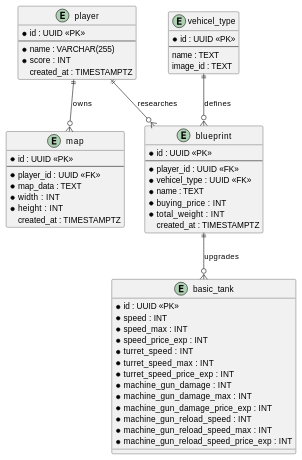
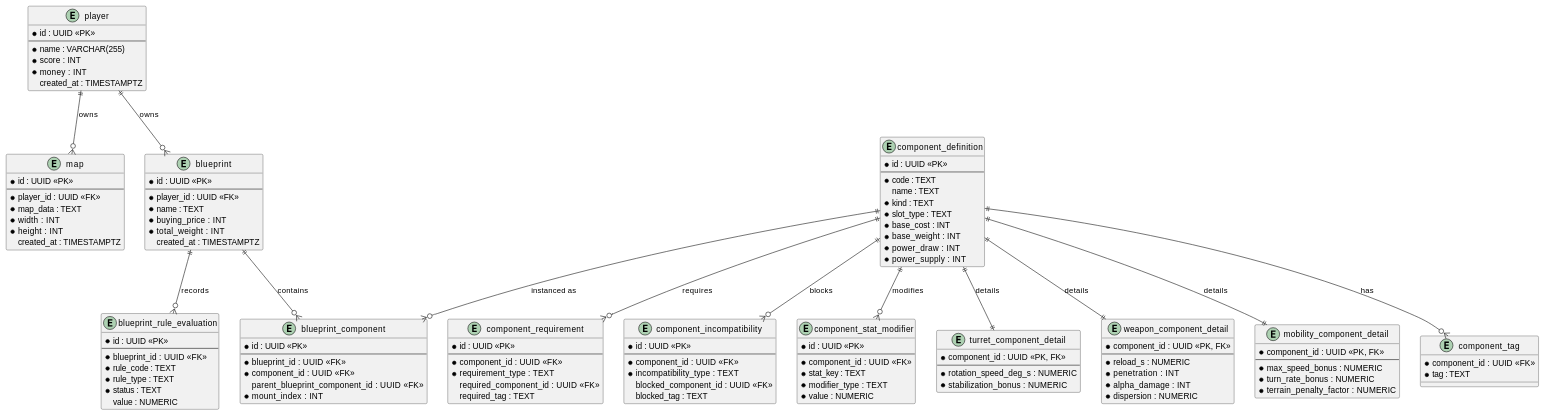
One commit to anhoppe/tank-wars changed the diagram in doc/arc42/08_crosscutting_concepts/08_01_database_layout.md. Above: the diagram before and after it, drawn with PlantUML. The commit also changed other lines of this file and 20 other files, not shown here.

````diff
--- a/doc/arc42/08_crosscutting_concepts/08_01_database_layout.md
+++ b/doc/arc42/08_crosscutting_concepts/08_01_database_layout.md
@@ -18,6 +24,7 @@
   --
   * name : VARCHAR(255)
   * score : INT
+  * money : INT
   created_at : TIMESTAMPTZ
 }
 
@@ -35,40 +42,112 @@
   * id : UUID <<PK>>
   --
   * player_id : UUID <<FK>>
-  * vehicel_type : UUID <<FK>>
   * name : TEXT
   * buying_price : INT
   * total_weight : INT
   created_at : TIMESTAMPTZ
 }
 
-entity vehicel_type {
+entity component_definition {
   * id : UUID <<PK>>
   --
+  * code : TEXT
   name : TEXT
-  image_id : TEXT
+  * kind : TEXT
+  * slot_type : TEXT
+  * base_cost : INT
+  * base_weight : INT
+  * power_draw : INT
+  * power_supply : INT
 }
 
-entity basic_tank {
+entity component_tag {
+  * component_id : UUID <<FK>>
+  * tag : TEXT
+}
+
+entity component_requirement {
   * id : UUID <<PK>>
-  * speed : INT
-  * speed_max : INT
-  * speed_price_exp : INT
-  * turret_speed : INT
-  * turret_speed_max : INT
-  * turret_speed_price_exp : INT
-  * machine_gun_damage : INT
-  * machine_gun_damage_max : INT
-  * machine_gun_damage_price_exp : INT
-  * machine_gun_reload_speed : INT
-  * machine_gun_reload_speed_max : INT
-  * machine_gun_reload_speed_price_exp : INT
+  --
+  * component_id : UUID <<FK>>
+  * requirement_type : TEXT
+  required_component_id : UUID <<FK>>
+  required_tag : TEXT
+}
+
+entity component_incompatibility {
+  * id : UUID <<PK>>
+  --
+  * component_id : UUID <<FK>>
+  * incompatibility_type : TEXT
+  blocked_component_id : UUID <<FK>>
+  blocked_tag : TEXT
+}
+
+entity component_stat_modifier {
+  * id : UUID <<PK>>
+  --
+  * component_id : UUID <<FK>>
+  * stat_key : TEXT
+  * modifier_type : TEXT
+  * value : NUMERIC
+}
+
+entity turret_component_detail {
+  * component_id : UUID <<PK, FK>>
+  --
+  * rotation_speed_deg_s : NUMERIC
+  * stabilization_bonus : NUMERIC
+}
+
+entity weapon_component_detail {
+  * component_id : UUID <<PK, FK>>
+  --
+  * reload_s : NUMERIC
+  * penetration : INT
+  * alpha_damage : INT
+  * dispersion : NUMERIC
+}
+
+entity mobility_component_detail {
+  * component_id : UUID <<PK, FK>>
+  --
+  * max_speed_bonus : NUMERIC
+  * turn_rate_bonus : NUMERIC
+  * terrain_penalty_factor : NUMERIC
+}
+
+entity blueprint_component {
+  * id : UUID <<PK>>
+  --
+  * blueprint_id : UUID <<FK>>
+  * component_id : UUID <<FK>>
+  parent_blueprint_component_id : UUID <<FK>>
+  * mount_index : INT
+}
+
+entity blueprint_rule_evaluation {
+  * id : UUID <<PK>>
+  --
+  * blueprint_id : UUID <<FK>>
+  * rule_code : TEXT
+  * rule_type : TEXT
+  * status : TEXT
+  value : NUMERIC
 }
 
 player ||--o{ map       : "owns"
-player ||--o{ blueprint : "researches"
-vehicel_type ||--o{ blueprint : "defines"
-blueprint ||--o{ basic_tank : "upgrades"
+player ||--o{ blueprint : "owns"
+blueprint ||--o{ blueprint_component : "contains"
+component_definition ||--o{ component_tag : "has"
+component_definition ||--o{ component_requirement : "requires"
+component_definition ||--o{ component_incompatibility : "blocks"
+component_definition ||--o{ component_stat_modifier : "modifies"
+component_definition ||--|| turret_component_detail : "details"
+component_definition ||--|| weapon_component_detail : "details"
+component_definition ||--|| mobility_component_detail : "details"
+component_definition ||--o{ blueprint_component : "instanced as"
+blueprint ||--o{ blueprint_rule_evaluation : "records"
 
 @enduml
 ```
````
